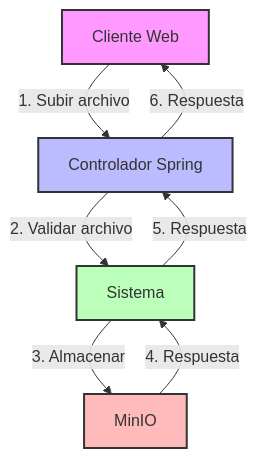
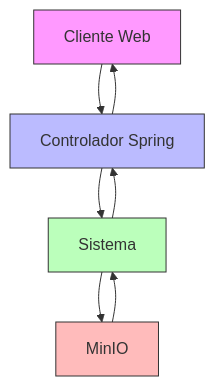
One commit to zademy/thymeleaf-fileinput-minio changed the first of 3 diagrams in docs/diagrams.rst. Above: the diagram before and after it, drawn with Mermaid. The commit also changed other lines of this file, not shown here.

```diff
--- a/docs/diagrams.rst
+++ b/docs/diagrams.rst
@@ -11,21 +11,19 @@
 .. mermaid::
    :caption: Diagrama de Arquitectura
 
-   %%{init: {'theme': 'default'}}%%
+   %%{init: {'theme': 'default', 'themeVariables': { 'primaryColor': '#f9f'}}%%
    graph TD
-       A[Cliente Web] -->|1. Subir archivo| B[Controlador Spring]
-       B -->|2. Validar archivo| C[Sistema]
-       C -->|3. Almacenar| D[MinIO]
-       D -->|4. Respuesta| C
-       C -->|5. Respuesta| B
-       B -->|6. Respuesta| A
-       
-       classDef client fill:#f9f,stroke:#333,stroke-width:2px
-       classDef controller fill:#bbf,stroke:#333,stroke-width:2px
-       classDef system fill:#bfb,stroke:#333,stroke-width:2px
-       classDef storage fill:#fbb,stroke:#333,stroke-width:2px
+       A[Cliente Web] --> B[Controlador Spring]
+       B --> C[Sistema]
+       C --> D[MinIO]
+       D --> C --> B --> A
+
+       classDef client fill:#f9f,stroke:#333
+       classDef controller fill:#bbf,stroke:#333
+       classDef system fill:#bfb,stroke:#333
+       classDef storage fill:#fbb,stroke:#333
        
        class A client
        class B controller
        class C system
        class D storage
```
